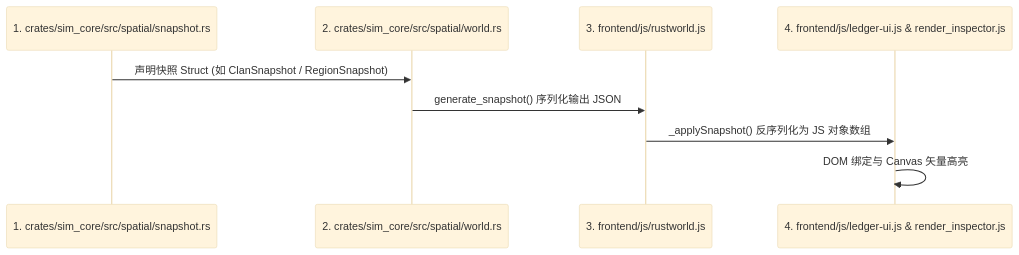
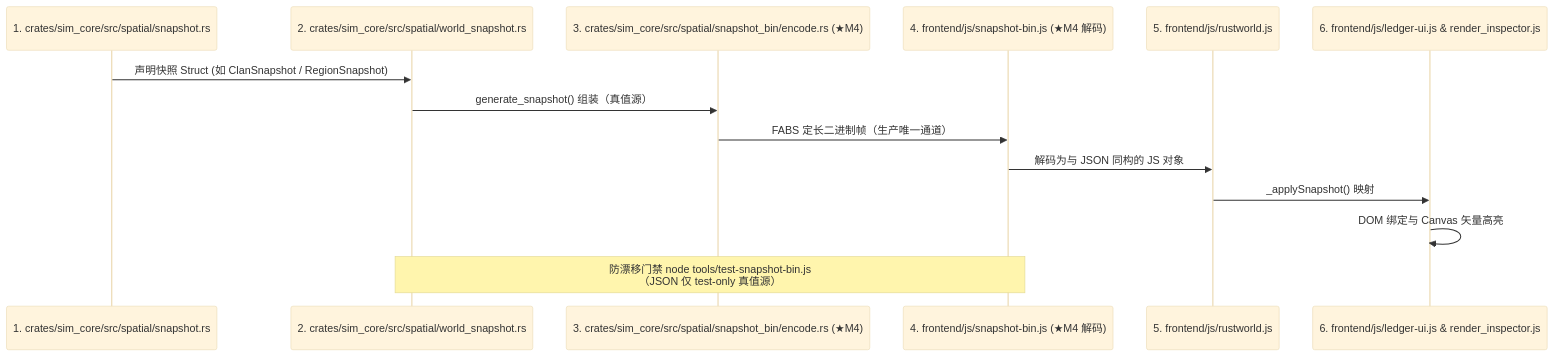
One commit to g39088902/FlowAndAccord changed the second of 3 diagrams in docs/current/23-ui-dev-guide.md. Above: the diagram before and after it, drawn with Mermaid (base theme). The commit also changed other lines of this file and 52 other files, not shown here.

````diff
--- a/docs/current/23-ui-dev-guide.md
+++ b/docs/current/23-ui-dev-guide.md
@@ -49,12 +49,17 @@
 ```mermaid
 sequenceDiagram
     participant Rust as 1. crates/sim_core/src/spatial/snapshot.rs
-    participant Gen as 2. crates/sim_core/src/spatial/world.rs
-    participant Adapt as 3. frontend/js/rustworld.js
-    participant UI as 4. frontend/js/ledger-ui.js & render_inspector.js
+    participant Gen as 2. crates/sim_core/src/spatial/world_snapshot.rs
+    participant Enc as 3. crates/sim_core/src/spatial/snapshot_bin/encode.rs (★M4)
+    participant Dec as 4. frontend/js/snapshot-bin.js (★M4 解码)
+    participant Adapt as 5. frontend/js/rustworld.js
+    participant UI as 6. frontend/js/ledger-ui.js & render_inspector.js
 
     Rust->>Gen: 声明快照 Struct (如 ClanSnapshot / RegionSnapshot)
-    Gen->>Adapt: generate_snapshot() 序列化输出 JSON
-    Adapt->>UI: _applySnapshot() 反序列化为 JS 对象数组
+    Gen->>Enc: generate_snapshot() 组装（真值源）
+    Enc->>Dec: FABS 定长二进制帧（生产唯一通道）
+    Dec->>Adapt: 解码为与 JSON 同构的 JS 对象
+    Adapt->>UI: _applySnapshot() 映射
     UI->>UI: DOM 绑定与 Canvas 矢量高亮
+    Note over Gen,Dec: 防漂移门禁 node tools/test-snapshot-bin.js<br/>（JSON 仅 test-only 真值源）
 ```
````
